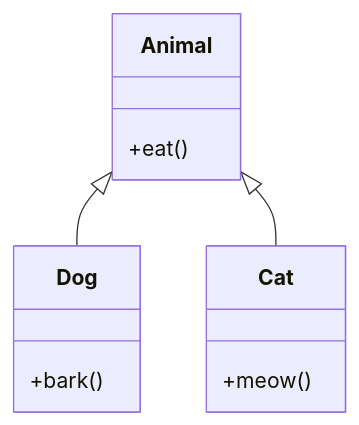
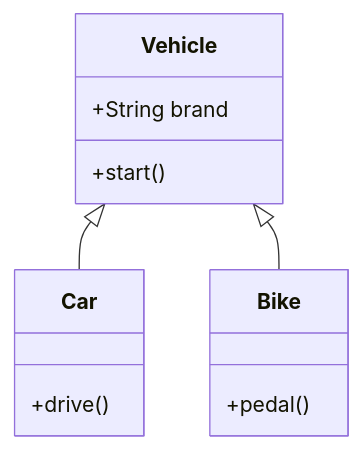
Before and after one commit to VrushankPatel/interview-matters: the diagram in oop-principles-in-java/README.md, drawn with Mermaid. The commit also changed other lines of this file and 7 other files, not shown here.

````diff
--- a/oop-principles-in-java/README.md
+++ b/oop-principles-in-java/README.md
@@ -62,8 +95,15 @@
 ```mermaid
 classDiagram
-    Animal <|-- Dog
-    Animal <|-- Cat
-    Animal : +eat()
-    Dog : +bark()
-    Cat : +meow()
+    Vehicle <|-- Car
+    Vehicle <|-- Bike
+    class Vehicle {
+        +String brand
+        +start()
+    }
+    class Car {
+        +drive()
+    }
+    class Bike {
+        +pedal()
+    }
 ```
````
